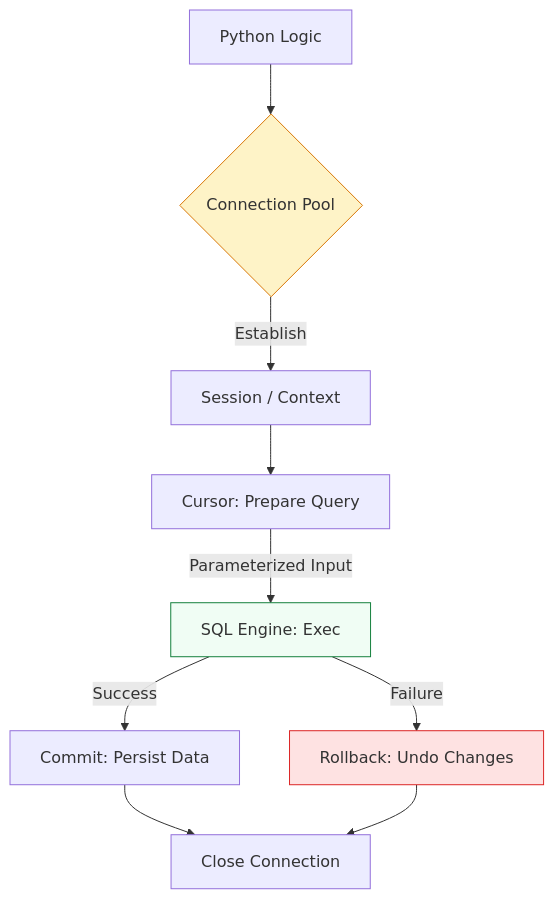
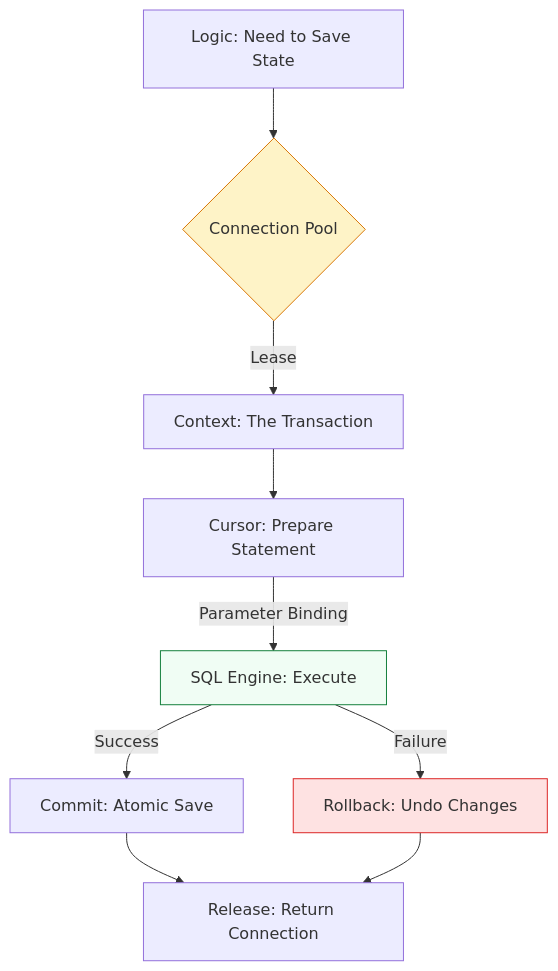
One commit to Ganil151/Devops changed the diagram in 2-Intermediate/02-Phase-2/01-Infrastructure-Automation/01-Scripting-Automation/02-Python-for-Infrastructure/04-Part-4-The-Safety-Net/02-Database-Operations/README.md. Above: the diagram before and after it, drawn with Mermaid. The commit also changed other lines of this file and 77 other files, not shown here.

````diff
--- a/2-Intermediate/02-Phase-2/01-Infrastructure-Automation/01-Scripting-Automation/02-Python-for-Infrastructure/04-Part-4-The-Safety-Net/02-Database-Operations/README.md
+++ b/2-Intermediate/02-Phase-2/01-Infrastructure-Automation/01-Scripting-Automation/02-Python-for-Infrastructure/04-Part-4-The-Safety-Net/02-Database-Operations/README.md
@@ -33,15 +33,15 @@
 ```mermaid
 graph TD
-    A[Python Logic] --> B{Connection Pool}
-    B -- Establish --> C[Session / Context]
-    C --> D[Cursor: Prepare Query]
-    D -- Parameterized Input --> E[SQL Engine: Exec]
-    E -- Success --> F[Commit: Persist Data]
+    A[Logic: Need to Save State] --> B{Connection Pool}
+    B -- Lease --> C[Context: The Transaction]
+    C --> D[Cursor: Prepare Statement]
+    D -- Parameter Binding --> E[SQL Engine: Execute]
+    E -- Success --> F[Commit: Atomic Save]
     E -- Failure --> G[Rollback: Undo Changes]
-    F --> H[Close Connection]
+    F --> H[Release: Return Connection]
     G --> H
     
     style B fill:#fef3c7,stroke:#d97706
     style E fill:#f0fdf4,stroke:#15803d
     style G fill:#fee2e2,stroke:#dc2626
 ```
````
